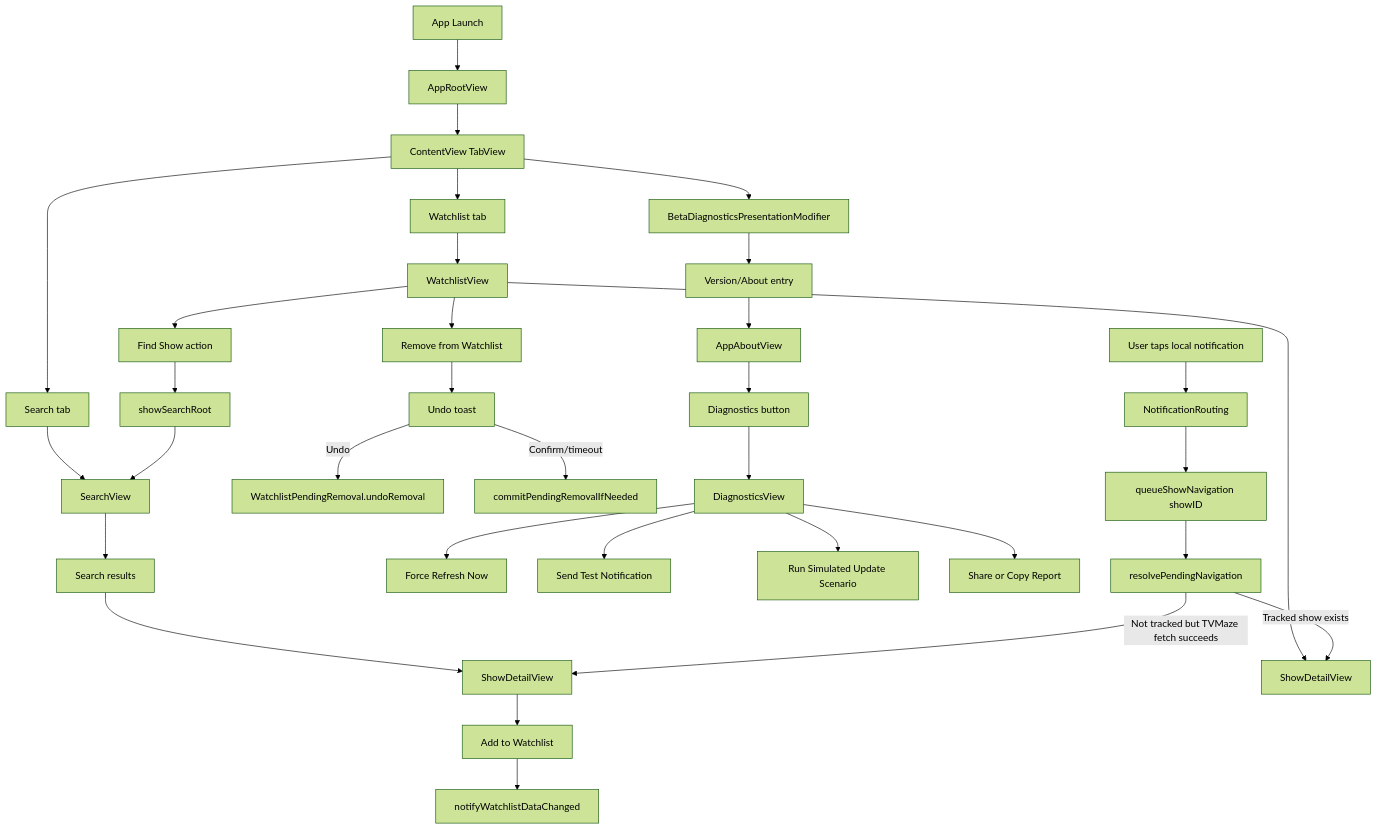
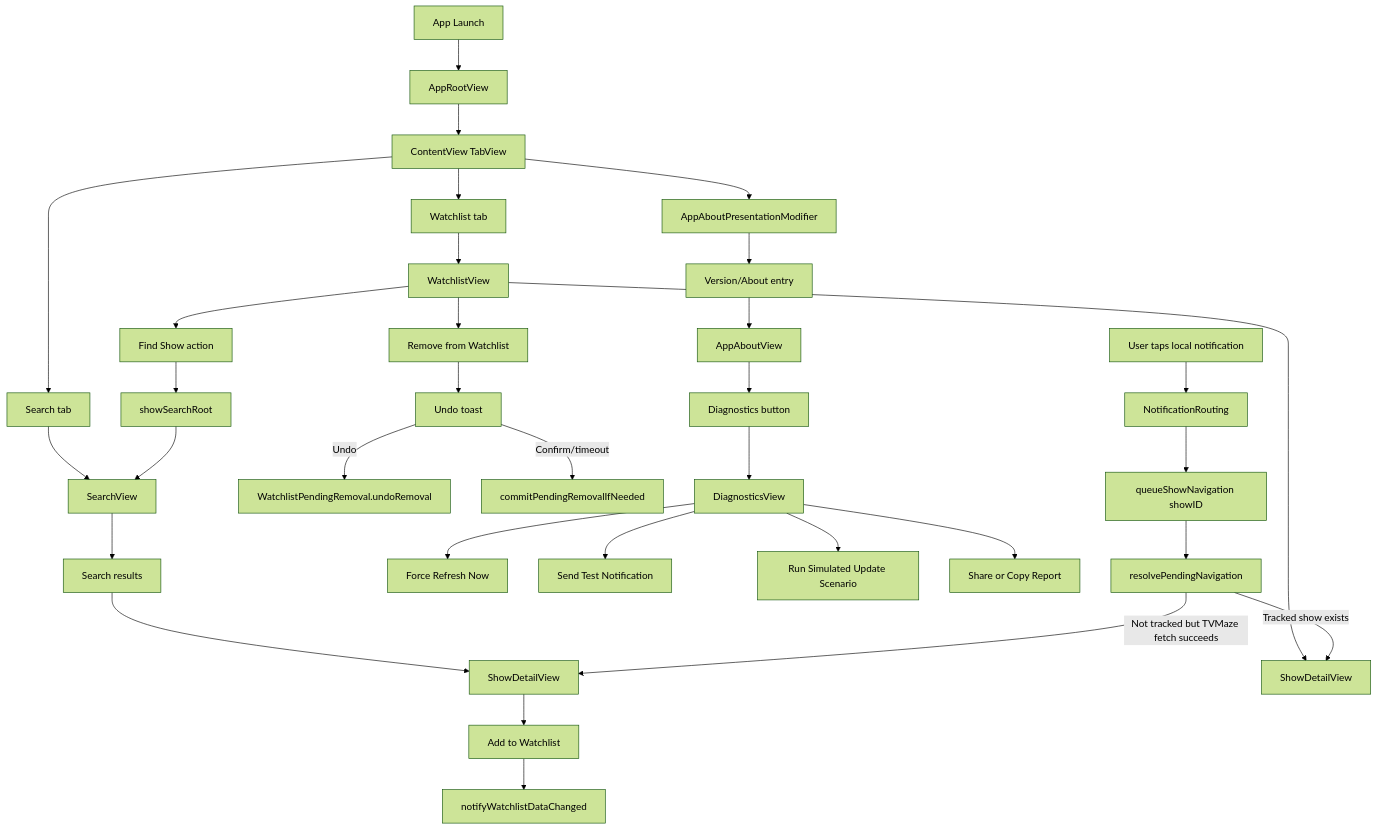
One commit to janineanne/NextSeason changed the diagram in Documentation/MVP/Diagrams/02-navigation-and-screens.md. Above: the diagram before and after it, drawn with Mermaid (forest theme). The commit also changed 35 other files, not shown here.

````diff
--- a/Documentation/MVP/Diagrams/02-navigation-and-screens.md
+++ b/Documentation/MVP/Diagrams/02-navigation-and-screens.md
@@ -3,42 +3,42 @@
 ```mermaid
 flowchart TD
     Launch[App Launch] --> Root[AppRootView]
     Root --> Tabs[ContentView TabView]
 
     Tabs --> SearchTab[Search tab]
     Tabs --> WatchlistTab[Watchlist tab]
 
     SearchTab --> SearchRoot[SearchView]
     SearchRoot --> SearchResults[Search results]
     SearchResults --> SearchDetail[ShowDetailView]
     SearchDetail --> AddWatchlist[Add to Watchlist]
     AddWatchlist --> WatchlistChanged[notifyWatchlistDataChanged]
 
     WatchlistTab --> WatchlistRoot[WatchlistView]
     WatchlistRoot --> WatchlistDetail[ShowDetailView]
     WatchlistRoot --> FindShow[Find Show action]
     FindShow --> ResetSearch[showSearchRoot]
     ResetSearch --> SearchRoot
 
     WatchlistRoot --> RemoveShow[Remove from Watchlist]
     RemoveShow --> UndoToast[Undo toast]
     UndoToast -->|Undo| RestoreShow[WatchlistPendingRemoval.undoRemoval]
     UndoToast -->|Confirm/timeout| CommitRemoval[commitPendingRemovalIfNeeded]
 
-    Tabs --> BetaModifier[BetaDiagnosticsPresentationModifier]
-    BetaModifier --> AboutEntry[Version/About entry]
+    Tabs --> AboutModifier[AppAboutPresentationModifier]
+    AboutModifier --> AboutEntry[Version/About entry]
     AboutEntry --> AboutSheet[AppAboutView]
     AboutSheet --> DiagnosticsButton[Diagnostics button]
     DiagnosticsButton --> DiagnosticsSheet[DiagnosticsView]
 
     DiagnosticsSheet --> ForceRefresh[Force Refresh Now]
     DiagnosticsSheet --> TestNotification[Send Test Notification]
     DiagnosticsSheet --> SimulatedUpdate[Run Simulated Update Scenario]
     DiagnosticsSheet --> ShareReport[Share or Copy Report]
 
     NotificationTap[User taps local notification] --> NotificationRouting[NotificationRouting]
     NotificationRouting --> QueueShow[queueShowNavigation showID]
     QueueShow --> ResolvePending[resolvePendingNavigation]
     ResolvePending -->|Tracked show exists| WatchlistDetail
     ResolvePending -->|Not tracked but TVMaze fetch succeeds| SearchDetail
 ```
````
